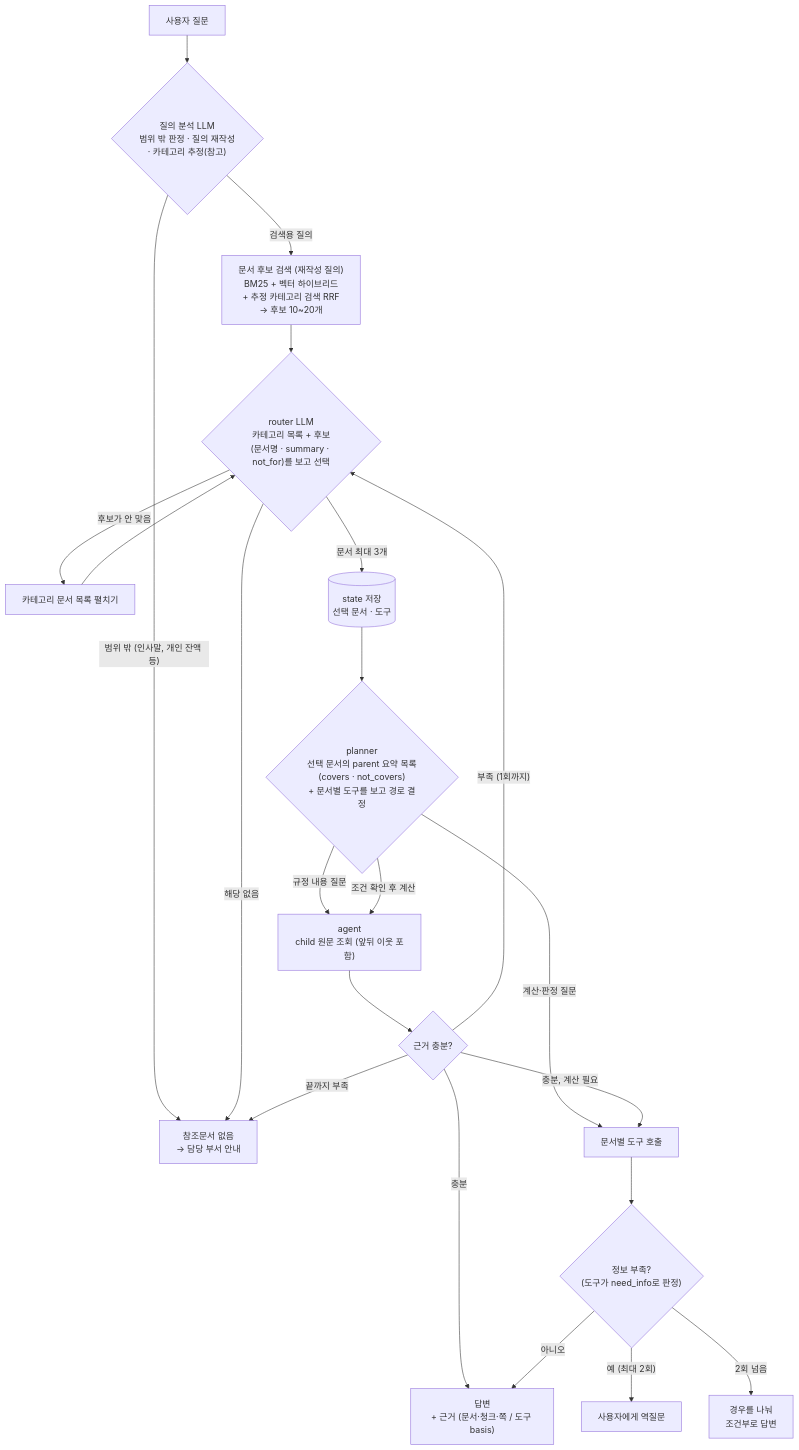
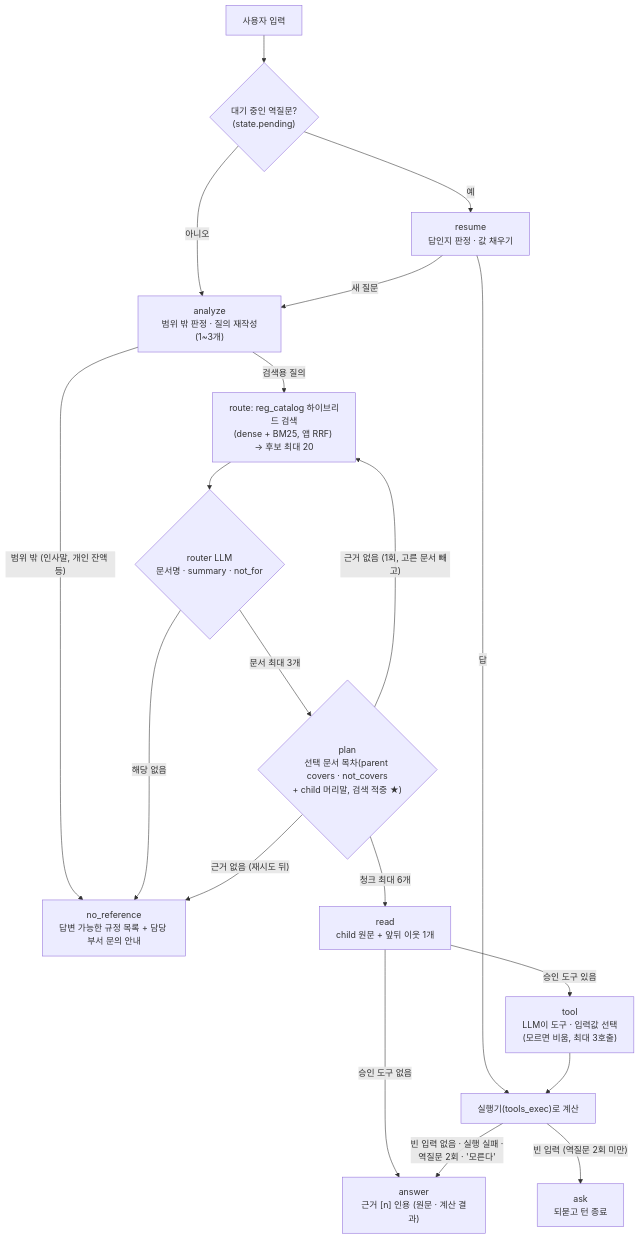
Before and after one commit to bbangwon/kicox_poc: the fourth of 6 diagrams in docs/RAG_FLOW_OVERVIEW.md, drawn with Mermaid. The commit also changed other lines of this file and 9 other files, not shown here.

````diff
--- a/docs/RAG_FLOW_OVERVIEW.md
+++ b/docs/RAG_FLOW_OVERVIEW.md
@@ -108,28 +111,22 @@
 ```mermaid
 flowchart TD
-    Q["사용자 질문"] --> QA{"질의 분석 LLM<br/>범위 밖 판정 · 질의 재작성<br/>· 카테고리 추정(참고)"}
-    QA -- "범위 밖 (인사말, 개인 잔액 등)" --> NONE["참조문서 없음<br/>→ 담당 부서 안내"]
-    QA -- "검색용 질의" --> S["문서 후보 검색 (재작성 질의)<br/>BM25 + 벡터 하이브리드<br/>+ 추정 카테고리 검색 RRF<br/>→ 후보 10~20개"]
+    Q["사용자 입력"] --> START{"대기 중인 역질문?<br/>(state.pending)"}
+    START -- 예 --> RS["resume<br/>답인지 판정 · 값 채우기"]
+    START -- 아니오 --> QA["analyze<br/>범위 밖 판정 · 질의 재작성(1~3개)"]
+    RS -- "새 질문" --> QA
+    RS -- "답" --> EXE
 
-    S --> SEL{"router LLM<br/>카테고리 목록 + 후보<br/>(문서명 · summary · not_for)를 보고 선택"}
-    SEL -- "후보가 안 맞음" --> CAT["카테고리 문서 목록 펼치기"]
-    CAT --> SEL
+    QA -- "범위 밖 (인사말, 개인 잔액 등)" --> NONE["no_reference<br/>답변 가능한 규정 목록 + 담당 부서 문의 안내"]
+    QA -- "검색용 질의" --> S["route: reg_catalog 하이브리드 검색<br/>(dense + BM25, 앱 RRF) → 후보 최대 20"]
+    S --> SEL{"router LLM<br/>문서명 · summary · not_for"}
     SEL -- "해당 없음" --> NONE
-    SEL -- "문서 최대 3개" --> ST[("state 저장<br/>선택 문서 · 도구")]
-
-    ST --> PL{"planner<br/>선택 문서의 parent 요약 목록<br/>(covers · not_covers)<br/>+ 문서별 도구를 보고 경로 결정"}
-    PL -- "계산·판정 질문" --> CALL["문서별 도구 호출"]
-    PL -- "규정 내용 질문" --> AG["agent<br/>child 원문 조회 (앞뒤 이웃 포함)"]
-    PL -- "조건 확인 후 계산" --> AG
-
-    AG --> EV{"근거 충분?"}
-    EV -- "부족 (1회까지)" --> SEL
-    EV -- "끝까지 부족" --> NONE
-    EV -- "충분, 계산 필요" --> CALL
-    EV -- "충분" --> ANS["답변<br/>+ 근거 (문서·청크·쪽 / 도구 basis)"]
-
-    CALL --> NEED{"정보 부족?<br/>(도구가 need_info로 판정)"}
-    NEED -- 아니오 --> ANS
-    NEED -- "예 (최대 2회)" --> ASK["사용자에게 역질문"]
-    NEED -- "2회 넘음" --> COND["경우를 나눠<br/>조건부로 답변"]
+    SEL -- "문서 최대 3개" --> PL{"plan<br/>선택 문서 목차(parent covers · not_covers<br/>+ child 머리말, 검색 적중 ★)"}
+    PL -- "근거 없음 (1회, 고른 문서 빼고)" --> S
+    PL -- "근거 없음 (재시도 뒤)" --> NONE
+    PL -- "청크 최대 6개" --> RD["read<br/>child 원문 + 앞뒤 이웃 1개"]
+    RD -- "승인 도구 없음" --> ANS
+    RD -- "승인 도구 있음" --> TL["tool<br/>LLM이 도구 · 입력값 선택<br/>(모르면 비움, 최대 3호출)"]
+    TL --> EXE["실행기(tools_exec)로 계산"]
+    EXE -- "빈 입력 없음 · 실행 실패 ·<br/>역질문 2회 · '모른다'" --> ANS["answer<br/>근거 [n] 인용 (원문 · 계산 결과)"]
+    EXE -- "빈 입력 (역질문 2회 미만)" --> ASK["ask<br/>되묻고 턴 종료"]
 ```
````
